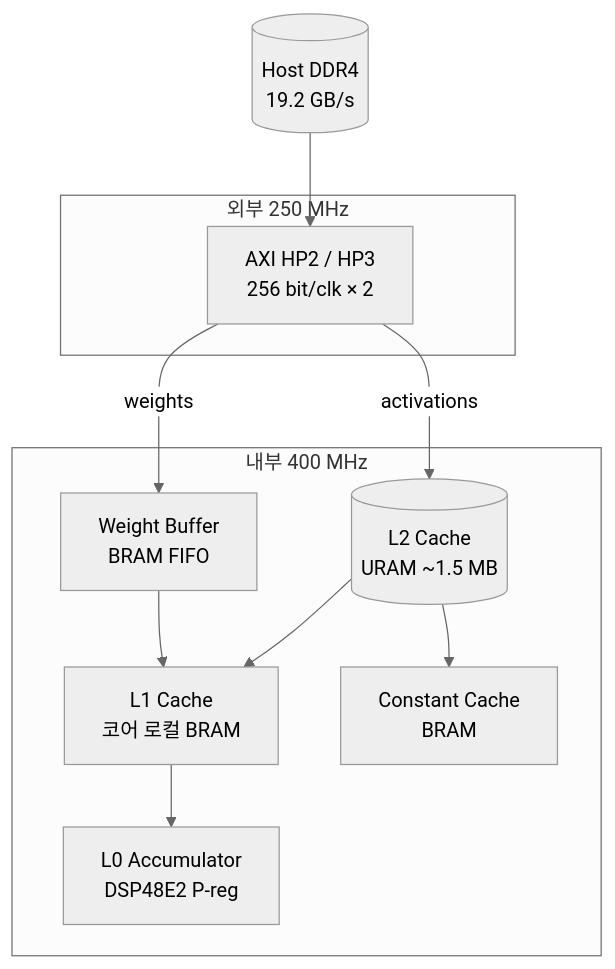
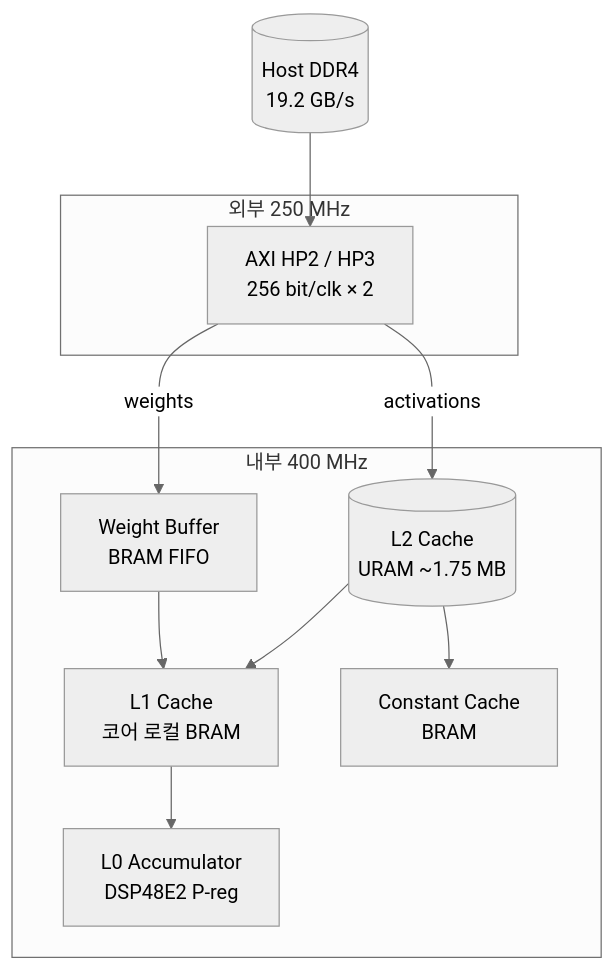
Before and after one commit to hwkim-dev/uCA: the diagram in ko/docs/v002/Architecture/memory_hierarchy.rst, drawn with Mermaid (neutral theme). The commit also changed other lines of this file and 3 other files, not shown here.

```diff
--- a/ko/docs/v002/Architecture/memory_hierarchy.rst
+++ b/ko/docs/v002/Architecture/memory_hierarchy.rst
@@ -10,21 +10,21 @@
 .. mermaid::
 
    flowchart TB
      DDR[("Host DDR4<br/>19.2 GB/s")]
      subgraph ext["외부 250 MHz"]
        HP["AXI HP2 / HP3<br/>256 bit/clk × 2"]
      end
      subgraph core["내부 400 MHz"]
        WB["Weight Buffer<br/>BRAM FIFO"]
-       L2[("L2 Cache<br/>URAM ~1.5 MB")]
+       L2[("L2 Cache<br/>URAM ~1.75 MB")]
        L1["L1 Cache<br/>코어 로컬 BRAM"]
        CC["Constant Cache<br/>BRAM"]
        L0["L0 Accumulator<br/>DSP48E2 P-reg"]
      end
      DDR --> HP
      HP -->|weights| WB
      HP -->|activations| L2
      WB --> L1
      L2 --> L1
      L2 --> CC
      L1 --> L0
```
